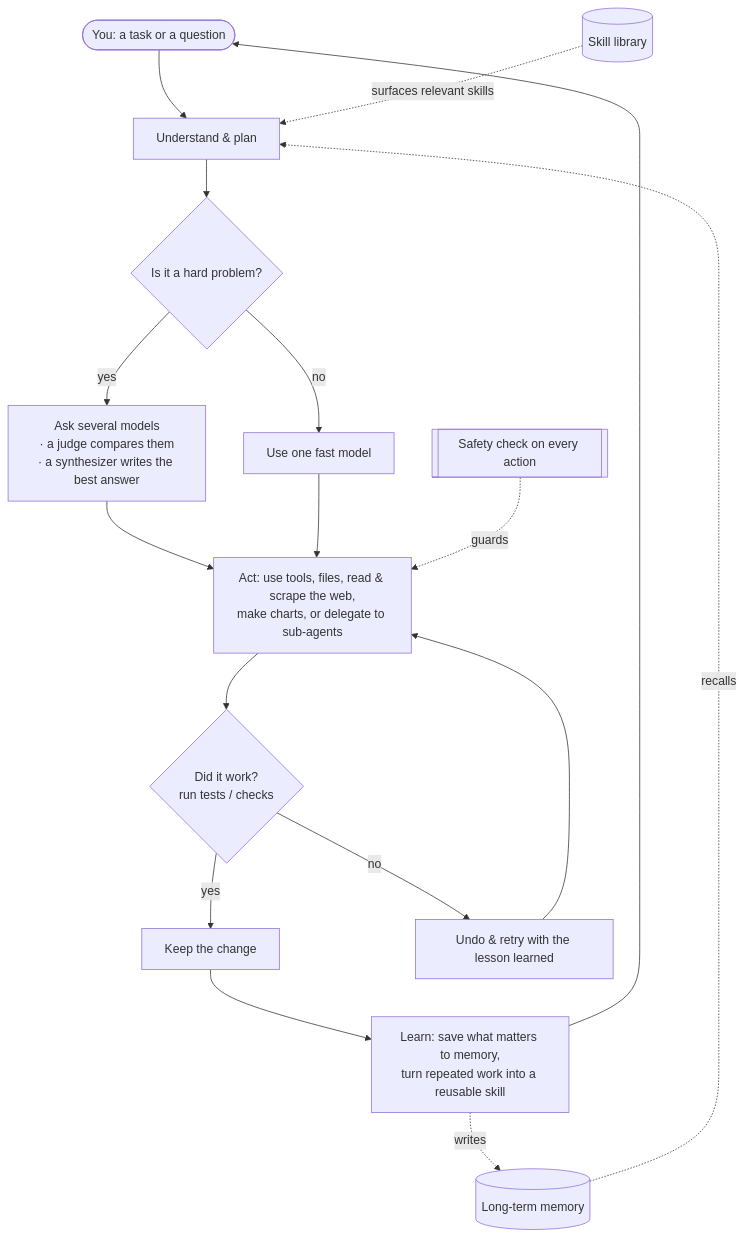
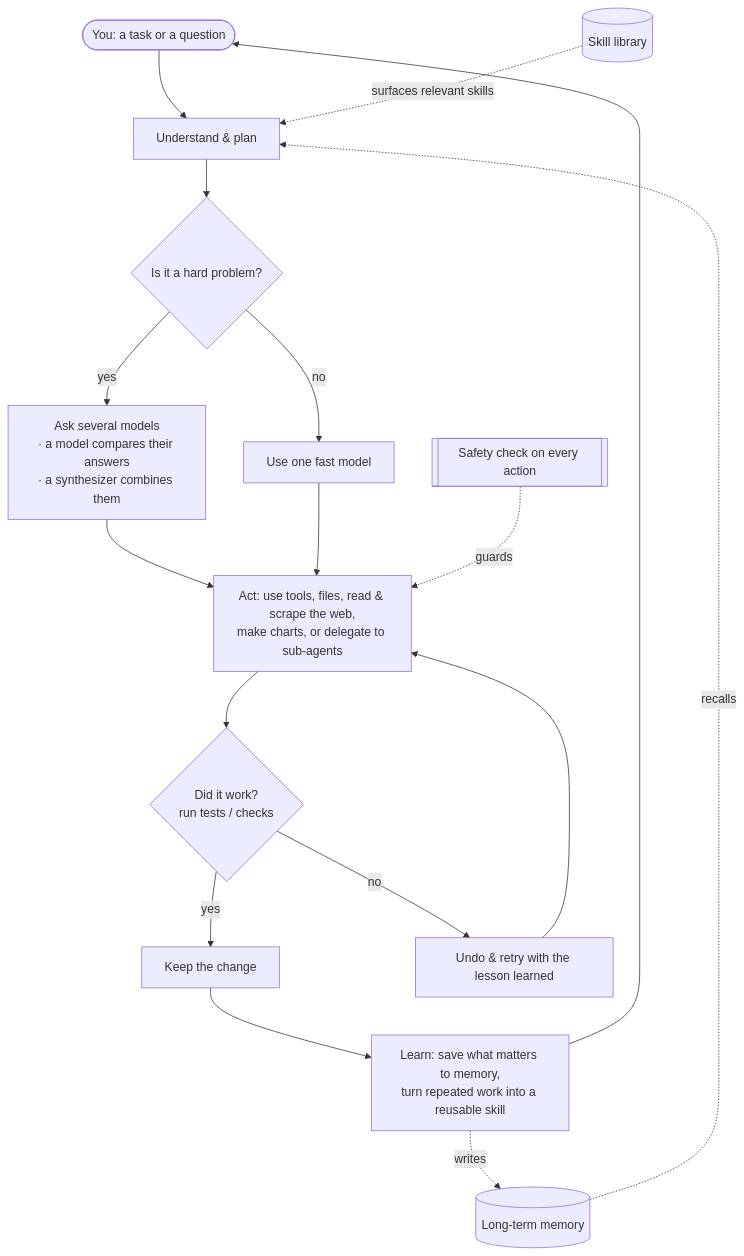
One commit to brcampidelli/chimera-agent changed the diagram in README.md. Above: the diagram before and after it, drawn with Mermaid. The commit also changed other lines of this file and 11 other files, not shown here.

````diff
--- a/README.md
+++ b/README.md
@@ -350,19 +352,19 @@
 ```mermaid
 flowchart TD
     U([You: a task or a question]) --> P[Understand & plan]
     P --> Q{Is it a hard problem?}
-    Q -- yes --> FUSION[Ask several models<br/>· a judge compares them<br/>· a synthesizer writes the best answer]
+    Q -- yes --> FUSION[Ask several models<br/>· a model compares their answers<br/>· a synthesizer combines them]
     Q -- no --> ONE[Use one fast model]
     FUSION --> ACT[Act: use tools, files, read & scrape the web,<br/>make charts, or delegate to sub-agents]
     ONE --> ACT
     ACT --> V{Did it work?<br/>run tests / checks}
     V -- yes --> KEEP[Keep the change]
     V -- no --> REVERT[Undo & retry with the lesson learned]
     REVERT --> ACT
     KEEP --> LEARN[Learn: save what matters to memory,<br/>turn repeated work into a reusable skill]
     LEARN --> U
     MEM[(Long-term memory)] -. recalls .-> P
     LEARN -. writes .-> MEM
     SKILLS[(Skill library)] -. surfaces relevant skills .-> P
     GOV[[Safety check on every action]] -. guards .-> ACT
 ```
````
